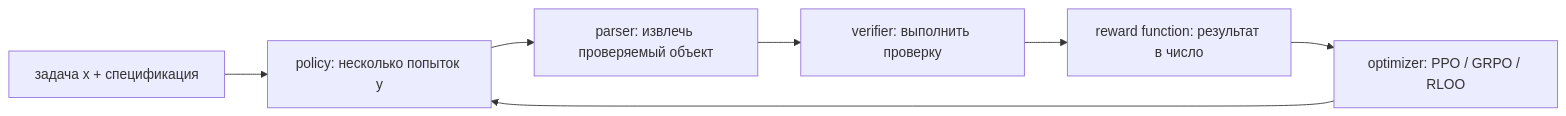
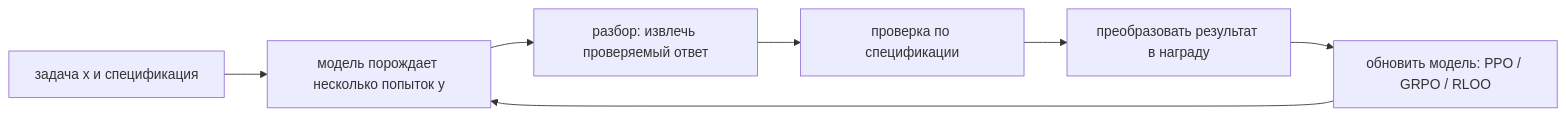
Before and after one commit to alpotekhin/bookvar: the diagram in 00 Учебник/12 Post-training и Alignment/06 RLVR и verifiers.md, drawn with Mermaid. The commit also changed other lines of this file and 58 other files, not shown here.

````diff
--- a/00 Учебник/12 Post-training и Alignment/06 RLVR и verifiers.md
+++ b/00 Учебник/12 Post-training и Alignment/06 RLVR и verifiers.md
@@ -32,9 +33,9 @@
 ```mermaid
 flowchart LR
-    X["задача x + спецификация"] --> P["policy: несколько попыток y"]
-    P --> A["parser: извлечь проверяемый объект"]
-    A --> V["verifier: выполнить проверку"]
-    V --> R["reward function: результат в число"]
-    R --> O["optimizer: PPO / GRPO / RLOO"]
+    X["задача x и спецификация"] --> P["модель порождает несколько попыток y"]
+    P --> A["разбор: извлечь проверяемый ответ"]
+    A --> V["проверка по спецификации"]
+    V --> R["преобразовать результат в награду"]
+    R --> O["обновить модель: PPO / GRPO / RLOO"]
     O --> P
 ```
````
